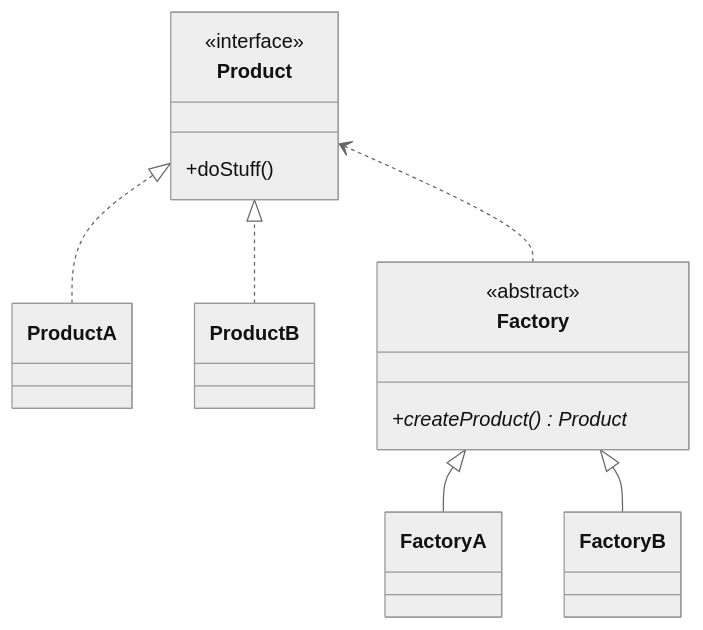
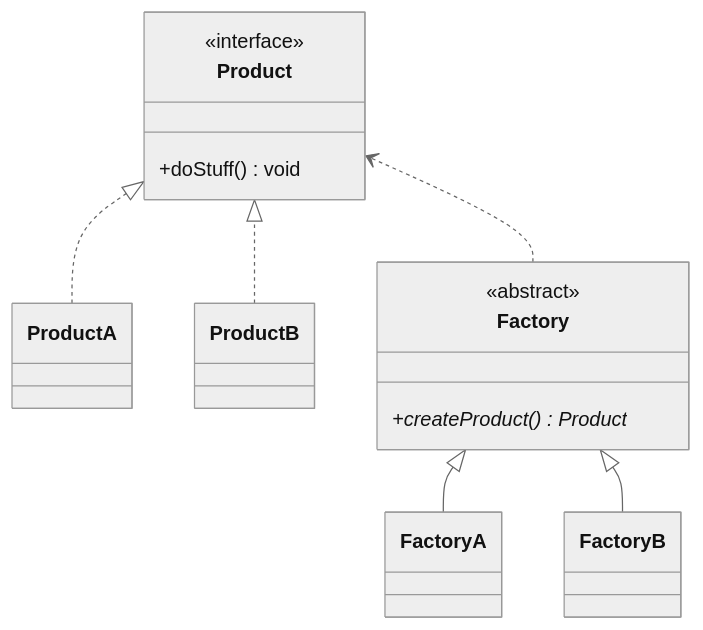
Before and after one commit to zhonghongfly/CodeGuide: the diagram in content/posts/design-pattern/creational/design-pattern-creation-factory-method/index.en.md, drawn with Mermaid (neutral theme). The commit also changed 4 other files, not shown here.

```diff
--- a/content/posts/design-pattern/creational/design-pattern-creation-factory-method/index.en.md
+++ b/content/posts/design-pattern/creational/design-pattern-creation-factory-method/index.en.md
@@ -17,27 +17,27 @@
 {{< mermaid >}}
 classDiagram
   direction BT
   class Product {
     <<interface>>
-    +doStuff()
+    +doStuff() void
   }
   class ProductA
   ProductA ..|> Product
 
   class ProductB
   ProductB ..|> Product
 
   class Factory {
     <<abstract>>
     +createProduct()* Product
   }
 
   Factory ..> Product
 
   class FactoryA
   FactoryA --|> Factory
 
   class FactoryB
   FactoryB --|> Factory
 
 {{< /mermaid >}}
```
